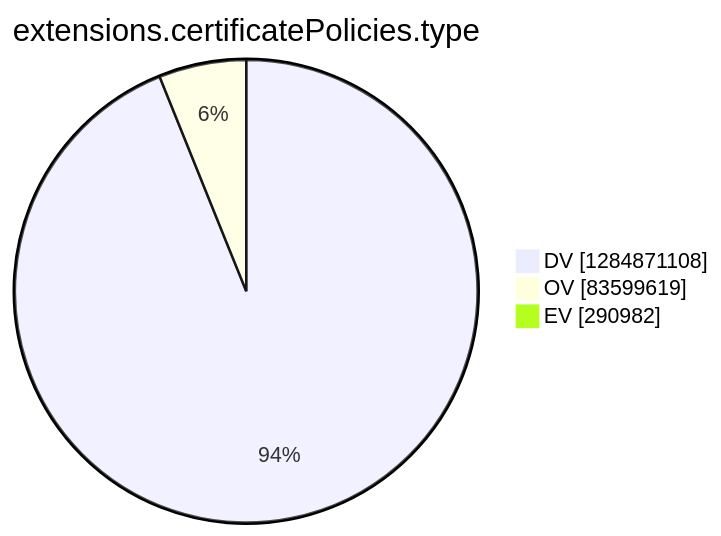
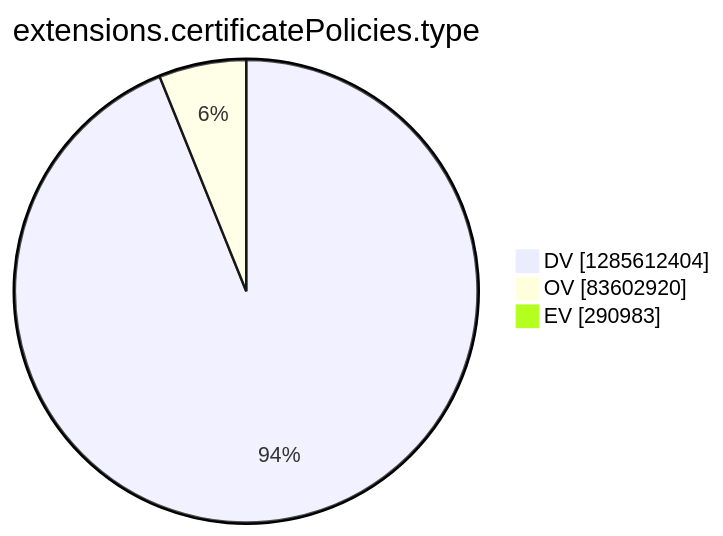
Before and after one commit to christiankrug/ctmonitor_visualization: the tenth of 15 diagrams in argon2022/README.md, drawn with Mermaid. The commit also changed other lines of this file, not shown here.

````diff
--- a/argon2022/README.md
+++ b/argon2022/README.md
@@ -2771,7 +2771,7 @@
 ```mermaid
 pie showData
 title extensions.certificatePolicies.type
-"DV" :1284871108
-"OV" :83599619
-"EV" :290982
+"DV" :1285612404
+"OV" :83602920
+"EV" :290983
 ```
````
